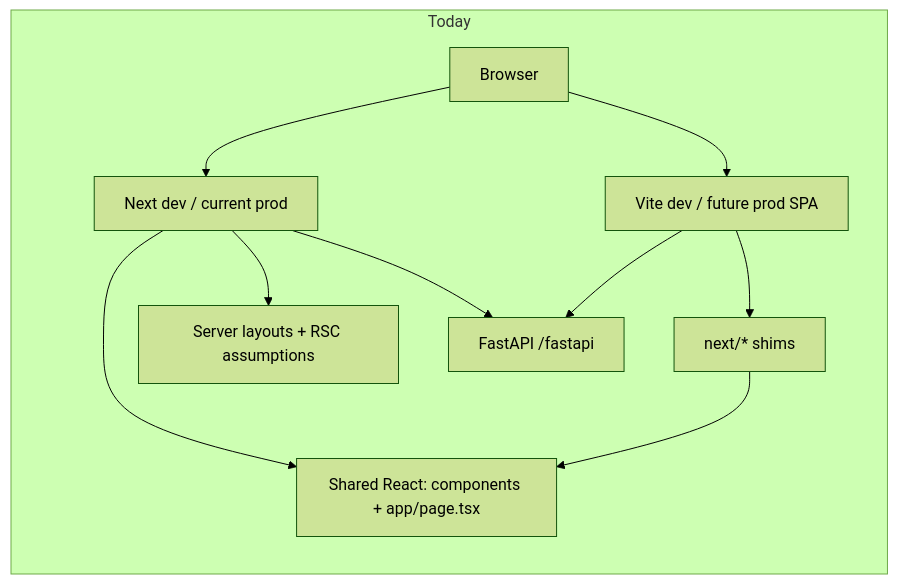
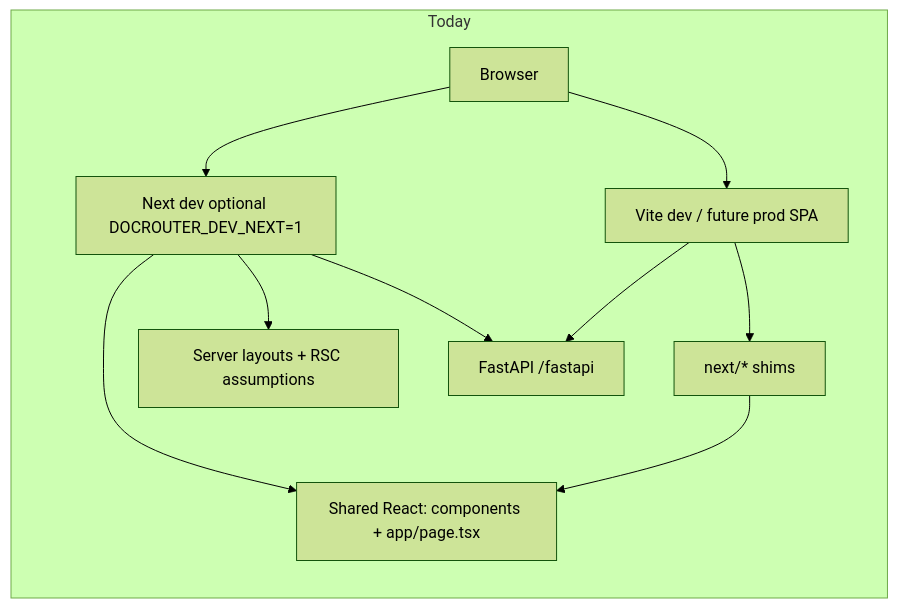
The diagram in docs/vite_next_elimination_plan.md (analytiq-hub/doc-router), drawn with Mermaid (forest theme) before and after one commit. The commit also changed other lines of this file and 2 other files, not shown here.

````diff
--- a/docs/vite_next_elimination_plan.md
+++ b/docs/vite_next_elimination_plan.md
@@ -26,13 +26,13 @@
 ```mermaid
 flowchart LR
   subgraph today [Today]
     Browser --> Vite5173[Vite dev / future prod SPA]
-    Browser --> Next3000[Next dev / current prod]
+    Browser --> Next3000[Next dev optional DOCROUTER_DEV_NEXT=1]
     Vite5173 --> Shims[next/* shims]
     Shims --> Shared[Shared React: components + app/page.tsx]
     Next3000 --> Shared
     Next3000 --> SSR[Server layouts + RSC assumptions]
     Vite5173 --> FastAPI[FastAPI /fastapi]
     Next3000 --> FastAPI
   end
 ```
````
